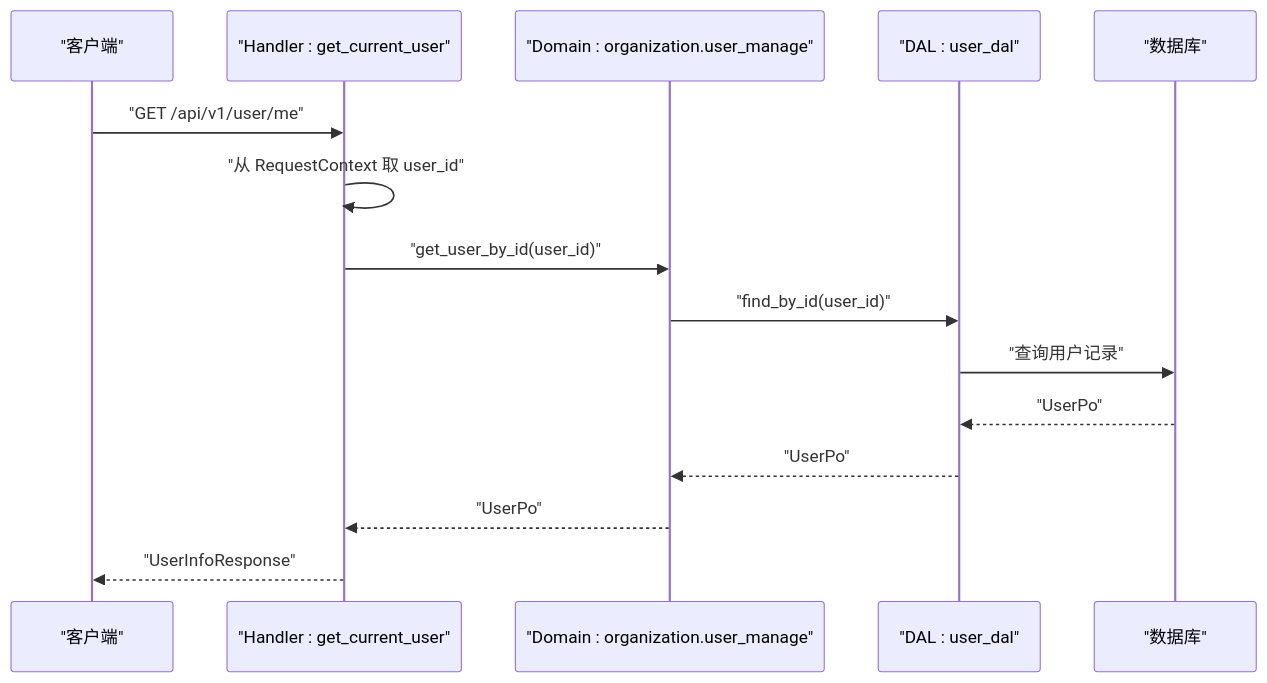
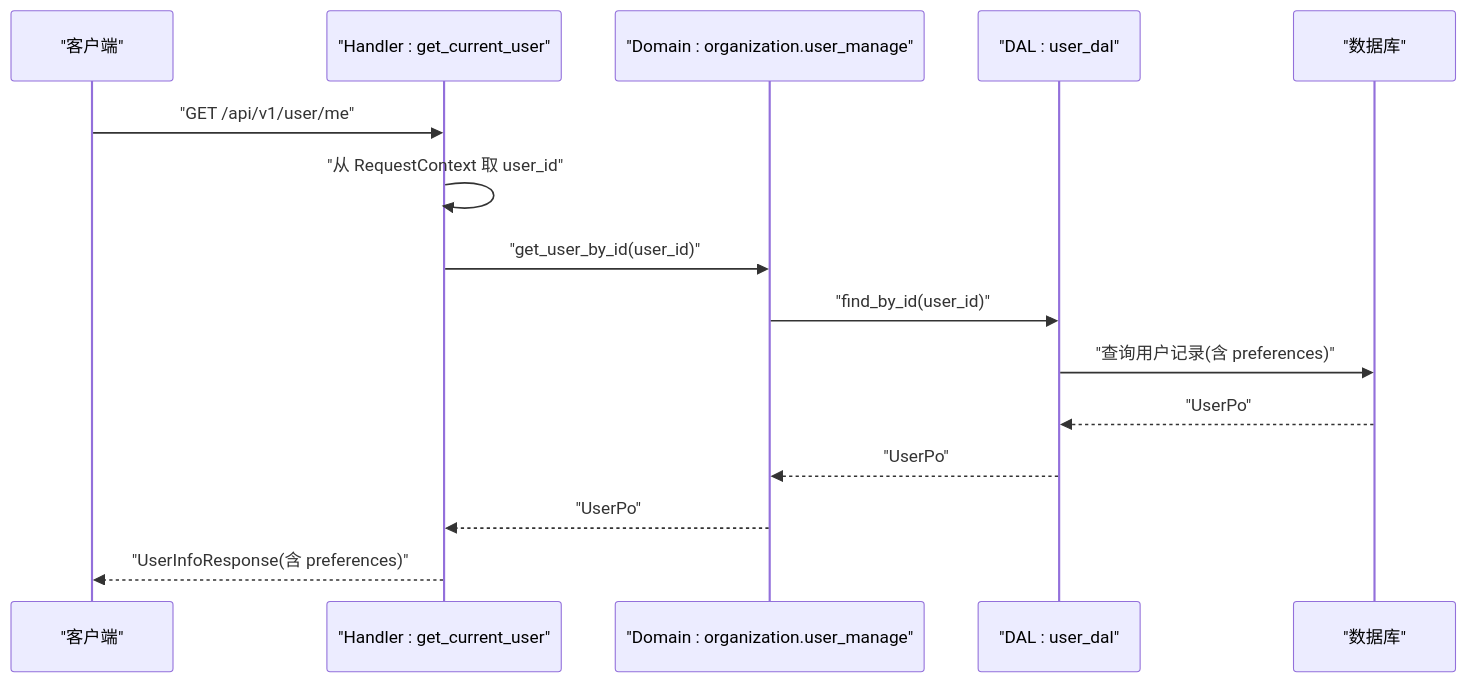
The second of 7 diagrams in .qoder/repowiki/zh/content/API 参考/RESTful API/用户管理模块 API.md (runningcoders/ai_orz), drawn with Mermaid before and after one commit. The commit also changed other lines of this file and 5 other files, not shown here.

````diff
--- a/.qoder/repowiki/zh/content/API 参考/RESTful API/用户管理模块 API.md
+++ b/.qoder/repowiki/zh/content/API 参考/RESTful API/用户管理模块 API.md
@@ -93,17 +110,17 @@
 ```mermaid
 sequenceDiagram
 participant Client as "客户端"
 participant Handler as "Handler : get_current_user"
 participant Domain as "Domain : organization.user_manage"
 participant DAL as "DAL : user_dal"
 participant DB as "数据库"
 Client->>Handler : "GET /api/v1/user/me"
 Handler->>Handler : "从 RequestContext 取 user_id"
 Handler->>Domain : "get_user_by_id(user_id)"
 Domain->>DAL : "find_by_id(user_id)"
-DAL->>DB : "查询用户记录"
+DAL->>DB : "查询用户记录(含 preferences)"
 DB-->>DAL : "UserPo"
 DAL-->>Domain : "UserPo"
 Domain-->>Handler : "UserPo"
-Handler-->>Client : "UserInfoResponse"
+Handler-->>Client : "UserInfoResponse(含 preferences)"
 ```
````
